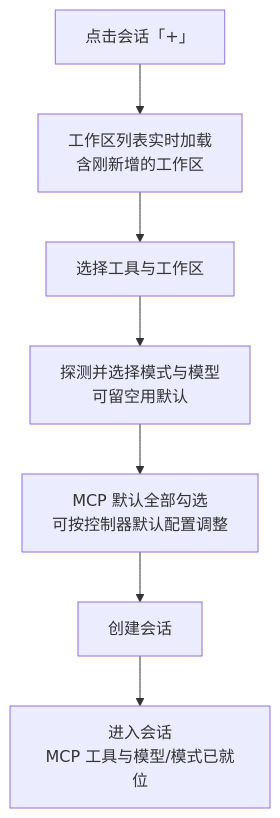
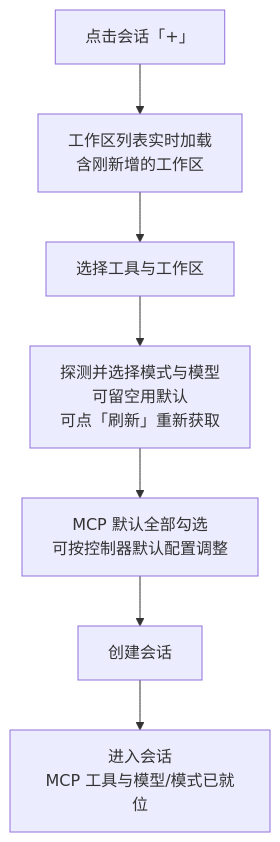
Before and after one commit to Deliay/z-agent-gear: the second of 2 diagrams in docs/product/draft/20261022-cloud-container-optimization-phase1.md, drawn with Mermaid. The commit also changed other lines of this file and 2 other files, not shown here.

````diff
--- a/docs/product/draft/20261022-cloud-container-optimization-phase1.md
+++ b/docs/product/draft/20261022-cloud-container-optimization-phase1.md
@@ -131,9 +136,9 @@
 ```mermaid
 flowchart TD
     A[点击会话「+」] --> B[工作区列表实时加载<br/>含刚新增的工作区]
     B --> C[选择工具与工作区]
-    C --> D[探测并选择模式与模型<br/>可留空用默认]
+    C --> D[探测并选择模式与模型<br/>可留空用默认<br/>可点「刷新」重新获取]
     D --> E[MCP 默认全部勾选<br/>可按控制器默认配置调整]
     E --> F[创建会话]
     F --> G[进入会话<br/>MCP 工具与模型/模式已就位]
 ```
````
